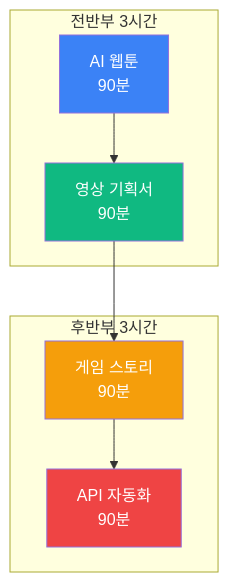
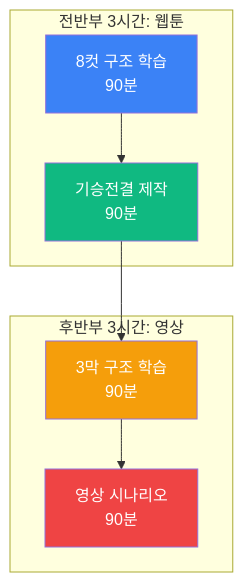
One commit to Collegenie-X/AIMakerLab_Web changed the second of 9 diagrams in documents/CURRICULUM/맛보기_ChatGPT_크리에이터.md. Above: the diagram before and after it, drawn with Mermaid. The commit also changed other lines of this file and 3 other files, not shown here.

````diff
--- a/documents/CURRICULUM/맛보기_ChatGPT_크리에이터.md
+++ b/documents/CURRICULUM/맛보기_ChatGPT_크리에이터.md
@@ -85,21 +141,21 @@
 ```mermaid
 graph TB
-    subgraph "전반부 3시간"
-        A1[AI 웹툰<br/>90분]
-        A2[영상 기획서<br/>90분]
+    subgraph "전반부 3시간: 웹툰"
+        A1[8컷 구조 학습<br/>90분]
+        A2[기승전결 제작<br/>90분]
     end
     
-    subgraph "후반부 3시간"
-        B1[게임 스토리<br/>90분]
-        B2[API 자동화<br/>90분]
+    subgraph "후반부 3시간: 영상"
+        B1[3막 구조 학습<br/>90분]
+        B2[영상 시나리오<br/>90분]
     end
     
     A1 --> A2
     A2 --> B1
     B1 --> B2
     
     style A1 fill:#3b82f6,color:#fff
     style A2 fill:#10b981,color:#fff
     style B1 fill:#f59e0b,color:#fff
     style B2 fill:#ef4444,color:#fff
 ```
````
